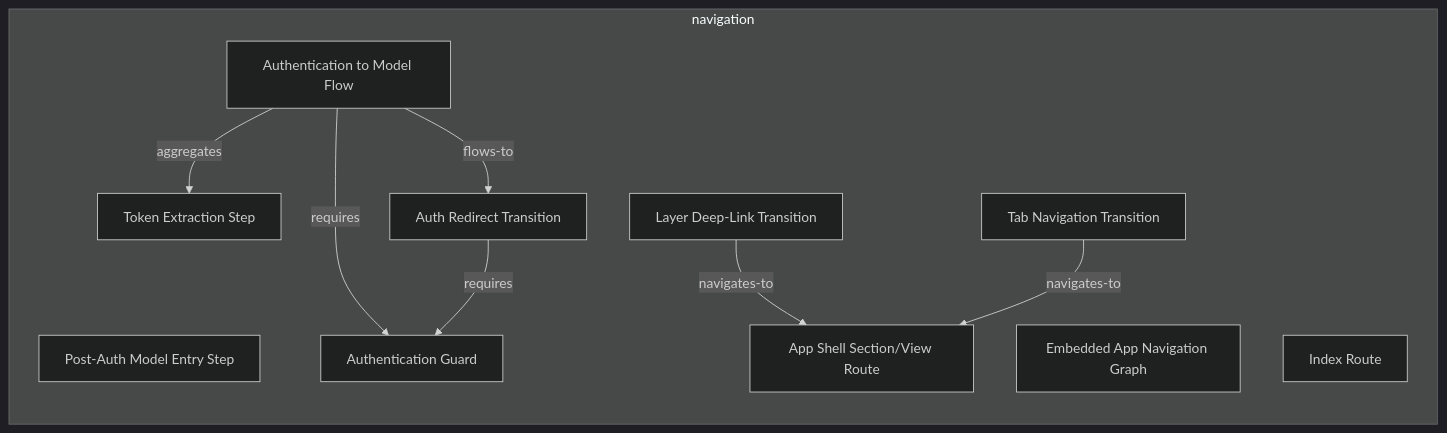
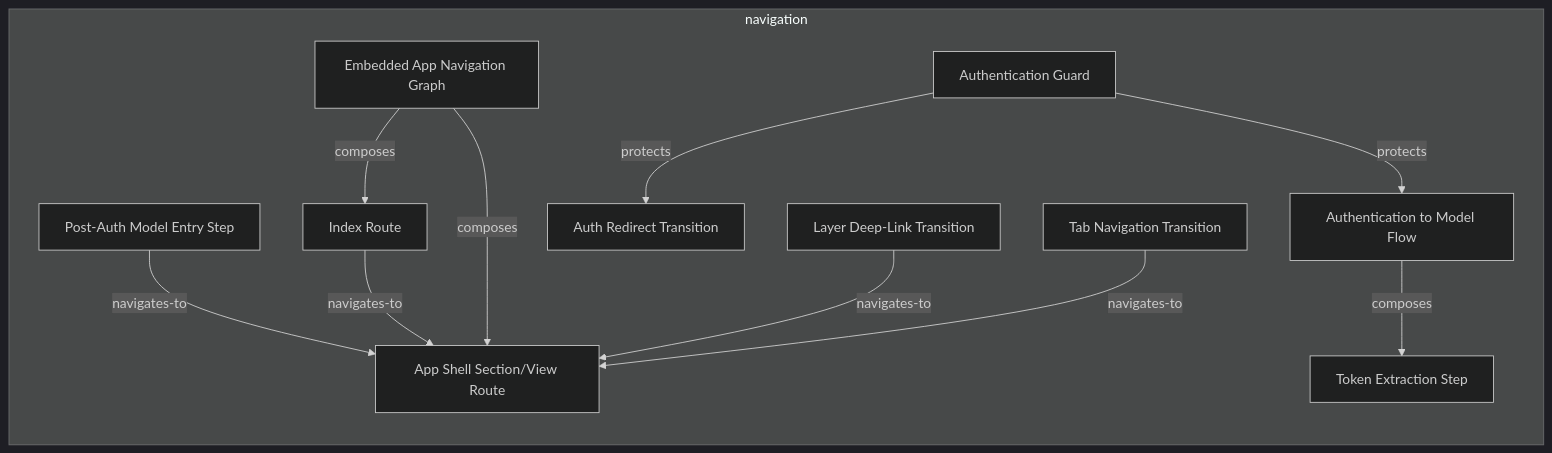
One commit to tinkermonkey/documentation_robotics_viewer changed the first of 2 diagrams in documentation-robotics/reports/11-navigation-layer-report.md. Above: the diagram before and after it, drawn with Mermaid (dark theme). The commit also changed other lines of this file and 39 other files, not shown here.

````diff
--- a/documentation-robotics/reports/11-navigation-layer-report.md
+++ b/documentation-robotics/reports/11-navigation-layer-report.md
@@ -31,21 +31,24 @@
 ```mermaid
 flowchart LR
   subgraph navigation
     navigation_flowstep_post_auth_model_entry_step["Post-Auth Model Entry Step"]
     navigation_flowstep_token_extraction_step["Token Extraction Step"]
     navigation_navigationflow_authentication_to_model_flow["Authentication to Model Flow"]
     navigation_navigationgraph_embedded_app_navigation_graph["Embedded App Navigation Graph"]
     navigation_navigationguard_authentication_guard["Authentication Guard"]
     navigation_navigationtransition_auth_redirect_transition["Auth Redirect Transition"]
     navigation_navigationtransition_layer_deep_link_transition["Layer Deep-Link Transition"]
     navigation_navigationtransition_tab_navigation_transition["Tab Navigation Transition"]
     navigation_route_app_shell_sectionview_route["App Shell Section/View Route"]
     navigation_route_index_route["Index Route"]
-    navigation_navigationflow_authentication_to_model_flow -->|aggregates| navigation_flowstep_token_extraction_step
-    navigation_navigationflow_authentication_to_model_flow -->|flows-to| navigation_navigationtransition_auth_redirect_transition
-    navigation_navigationflow_authentication_to_model_flow -->|requires| navigation_navigationguard_authentication_guard
-    navigation_navigationtransition_auth_redirect_transition -->|requires| navigation_navigationguard_authentication_guard
+    navigation_flowstep_post_auth_model_entry_step -->|navigates-to| navigation_route_app_shell_sectionview_route
+    navigation_navigationflow_authentication_to_model_flow -->|composes| navigation_flowstep_token_extraction_step
+    navigation_navigationgraph_embedded_app_navigation_graph -->|composes| navigation_route_app_shell_sectionview_route
+    navigation_navigationgraph_embedded_app_navigation_graph -->|composes| navigation_route_index_route
+    navigation_navigationguard_authentication_guard -->|protects| navigation_navigationflow_authentication_to_model_flow
+    navigation_navigationguard_authentication_guard -->|protects| navigation_navigationtransition_auth_redirect_transition
     navigation_navigationtransition_layer_deep_link_transition -->|navigates-to| navigation_route_app_shell_sectionview_route
     navigation_navigationtransition_tab_navigation_transition -->|navigates-to| navigation_route_app_shell_sectionview_route
+    navigation_route_index_route -->|navigates-to| navigation_route_app_shell_sectionview_route
   end
 ```
````
